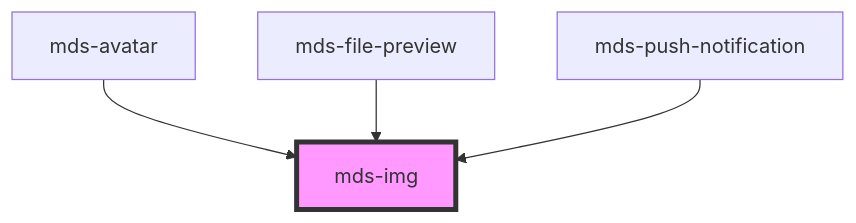
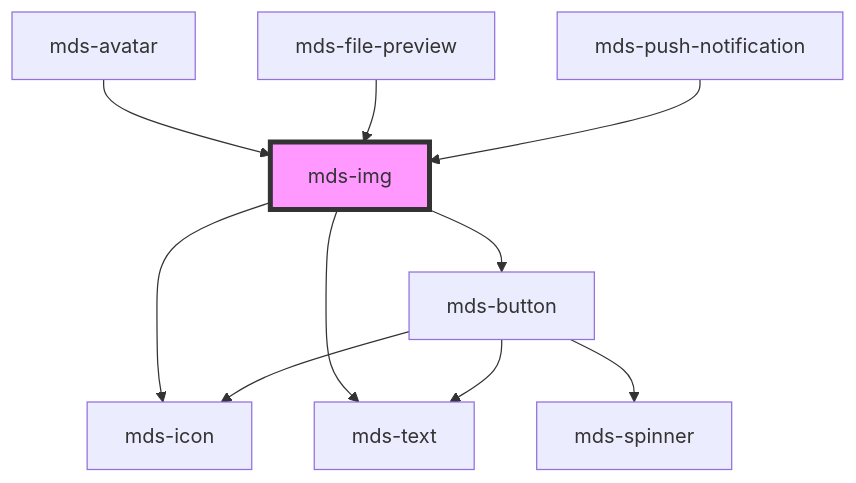
One commit to magma-design-system/magma changed the diagram in projects/stencil/src/components/mds-img/readme.md. Above: the diagram before and after it, drawn with Mermaid. The commit also changed other lines of this file and 4 other files, not shown here.

Commit message:
change(mds-img): remove aspect-ratio attribute in favor of CSS native feature

````diff
--- a/projects/stencil/src/components/mds-img/readme.md
+++ b/projects/stencil/src/components/mds-img/readme.md
@@ -50,7 +56,13 @@
 ```mermaid
 graph TD;
+  mds-img --> mds-icon
+  mds-img --> mds-text
+  mds-img --> mds-button
+  mds-button --> mds-spinner
+  mds-button --> mds-icon
+  mds-button --> mds-text
   mds-avatar --> mds-img
   mds-file-preview --> mds-img
   mds-push-notification --> mds-img
   style mds-img fill:#f9f,stroke:#333,stroke-width:4px
 ```
````
